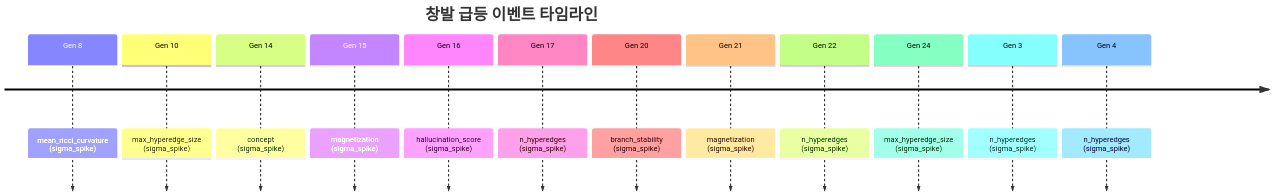
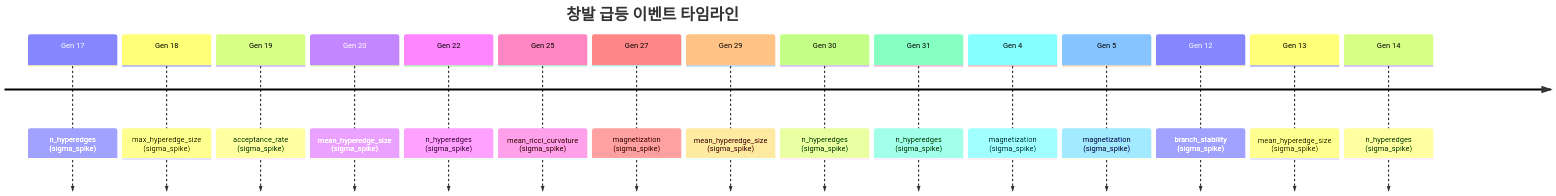
The diagram in README.md (need-singularity/test-1), drawn with Mermaid before and after one commit. The commit also changed other lines of this file and 10 other files, not shown here.

````diff
--- a/README.md
+++ b/README.md
@@ -91,16 +106,19 @@
 ```mermaid
 timeline
     title 창발 급등 이벤트 타임라인
-    Gen 8 : mean_ricci_curvature (sigma_spike)
-    Gen 10 : max_hyperedge_size (sigma_spike)
-    Gen 14 : concept (sigma_spike)
-    Gen 15 : magnetization (sigma_spike)
-    Gen 16 : hallucination_score (sigma_spike)
     Gen 17 : n_hyperedges (sigma_spike)
-    Gen 20 : branch_stability (sigma_spike)
-    Gen 21 : magnetization (sigma_spike)
+    Gen 18 : max_hyperedge_size (sigma_spike)
+    Gen 19 : acceptance_rate (sigma_spike)
+    Gen 20 : mean_hyperedge_size (sigma_spike)
     Gen 22 : n_hyperedges (sigma_spike)
-    Gen 24 : max_hyperedge_size (sigma_spike)
-    Gen 3 : n_hyperedges (sigma_spike)
-    Gen 4 : n_hyperedges (sigma_spike)
+    Gen 25 : mean_ricci_curvature (sigma_spike)
+    Gen 27 : magnetization (sigma_spike)
+    Gen 29 : mean_hyperedge_size (sigma_spike)
+    Gen 30 : n_hyperedges (sigma_spike)
+    Gen 31 : n_hyperedges (sigma_spike)
+    Gen 4 : magnetization (sigma_spike)
+    Gen 5 : magnetization (sigma_spike)
+    Gen 12 : branch_stability (sigma_spike)
+    Gen 13 : mean_hyperedge_size (sigma_spike)
+    Gen 14 : n_hyperedges (sigma_spike)
 ```
````
